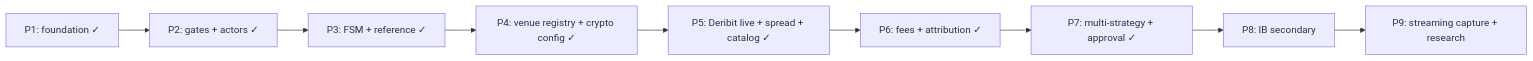
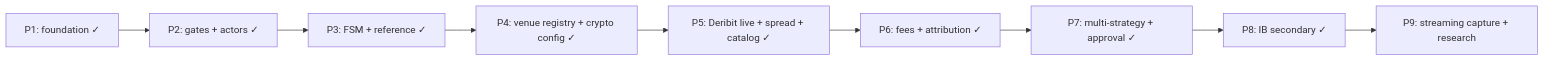
One commit to abhushansahu/nautilus-quant-scaffold changed the first of 2 diagrams in .cursor/plans/0dte_implementation_plan_5c4f2990.plan.md. Above: the diagram before and after it, drawn with Mermaid. The commit also changed other lines of this file and 13 other files, not shown here.

````diff
--- a/.cursor/plans/0dte_implementation_plan_5c4f2990.plan.md
+++ b/.cursor/plans/0dte_implementation_plan_5c4f2990.plan.md
@@ -99,13 +102,13 @@
 ```mermaid
 flowchart LR
   P1[P1: foundation ✓]
   P2[P2: gates + actors ✓]
   P3[P3: FSM + reference ✓]
   P4[P4: venue registry + crypto config ✓]
   P5[P5: Deribit live + spread + catalog ✓]
   P6[P6: fees + attribution ✓]
   P7[P7: multi-strategy + approval ✓]
-  P8[P8: IB secondary]
+  P8[P8: IB secondary ✓]
   P9[P9: streaming capture + research]
   P1 --> P2 --> P3 --> P4 --> P5 --> P6 --> P7 --> P8 --> P9
 ```
````
